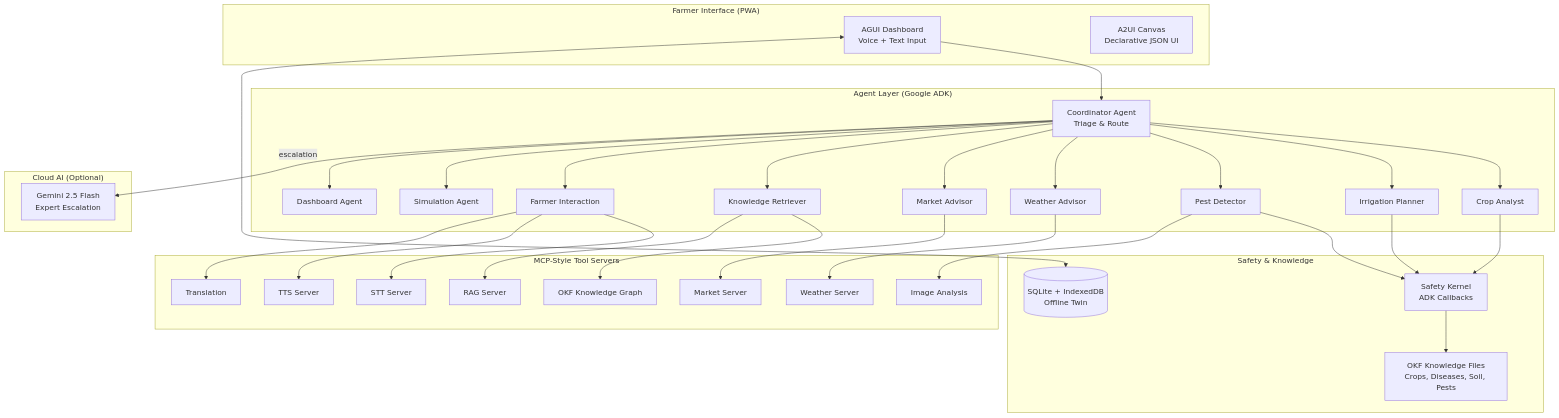
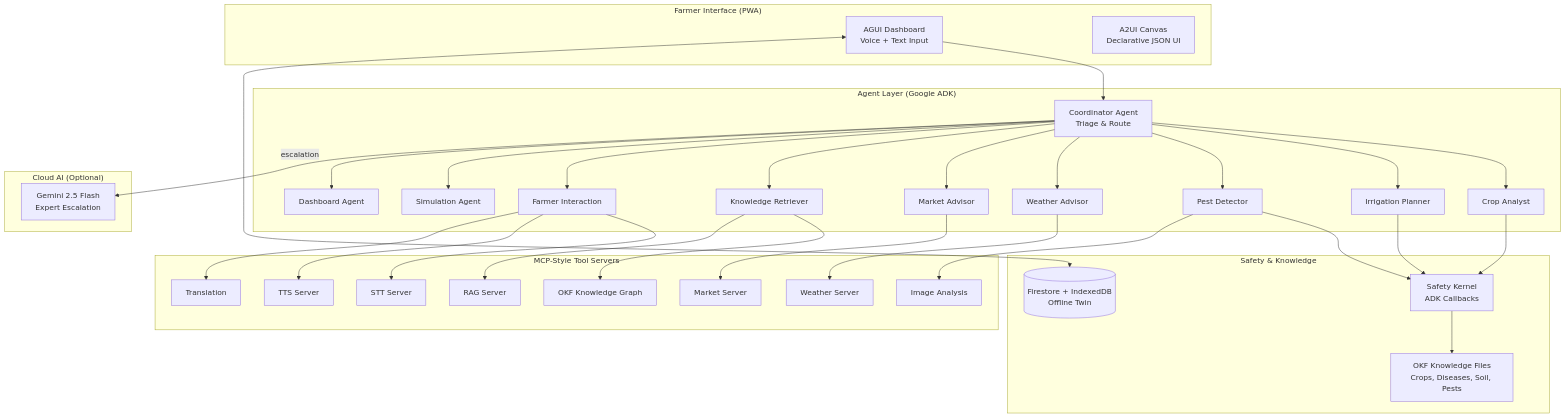
One commit to girinalin/agentic-agri-advisor changed the diagram in README.md. Above: the diagram before and after it, drawn with Mermaid. The commit also changed other lines of this file and 45 other files, not shown here.

````diff
--- a/README.md
+++ b/README.md
@@ -73,54 +73,54 @@
 ```mermaid
 graph TB
     subgraph "Farmer Interface (PWA)"
         UI[AGUI Dashboard<br/>Voice + Text Input]
         A2UI[A2UI Canvas<br/>Declarative JSON UI]
     end
 
     subgraph "Agent Layer (Google ADK)"
         COORD[Coordinator Agent<br/>Triage & Route]
         CA[Crop Analyst]
         IA[Irrigation Planner]
         PD[Pest Detector]
         WA[Weather Advisor]
         MA[Market Advisor]
         KR[Knowledge Retriever]
         FI[Farmer Interaction]
         SIM[Simulation Agent]
         DA[Dashboard Agent]
     end
 
     subgraph "MCP-Style Tool Servers"
         STT[STT Server]
         TTS[TTS Server]
         RAG[RAG Server]
         WTH[Weather Server]
         MKT[Market Server]
         IMG[Image Analysis]
         TRN[Translation]
         OKF[OKF Knowledge Graph]
     end
 
     subgraph "Safety & Knowledge"
         SK[Safety Kernel<br/>ADK Callbacks]
         OKF_DATA[OKF Knowledge Files<br/>Crops, Diseases, Soil, Pests]
-        DB[(SQLite + IndexedDB<br/>Offline Twin)]
+        DB[(Firestore + IndexedDB<br/>Offline Twin)]
     end
 
     subgraph "Cloud AI (Optional)"
         GEM[Gemini 2.5 Flash<br/>Expert Escalation]
     end
 
     UI --> COORD
     COORD --> CA & IA & PD & WA & MA & KR & FI & SIM & DA
     CA & PD & IA --> SK
     KR --> OKF
     FI --> STT & TTS & TRN
     KR --> RAG
     WA --> WTH
     MA --> MKT
     PD --> IMG
     COORD -->|escalation| GEM
     SK --> OKF_DATA
     UI <--> DB
 ```
````
